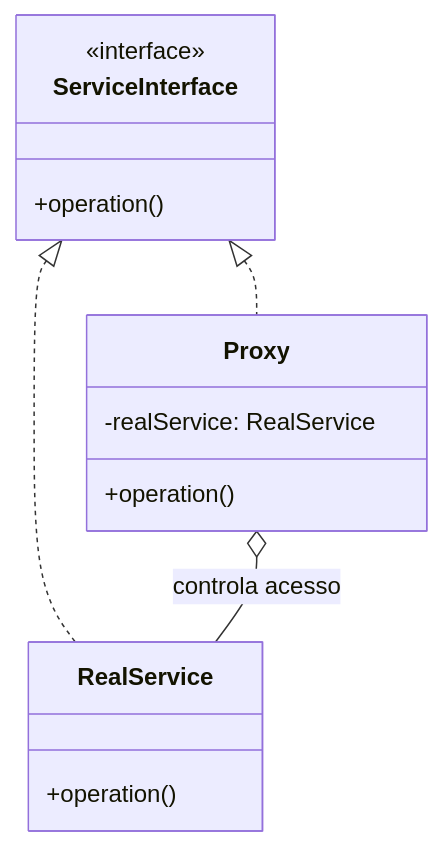
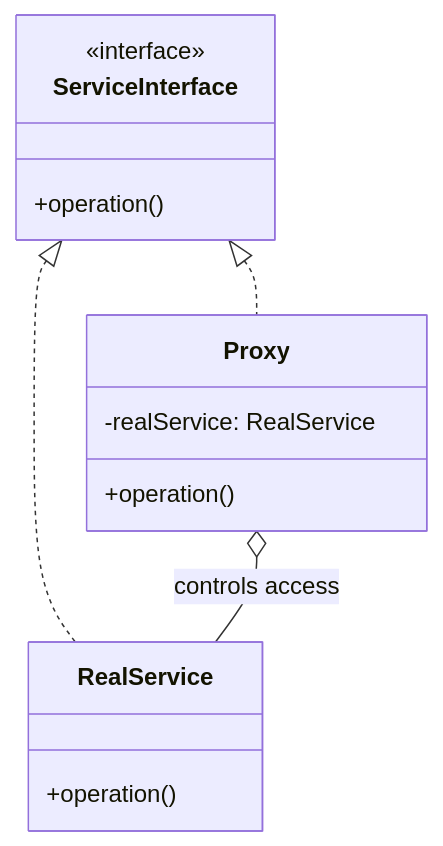
One commit to dandgabr/Coacus changed the seventh of 7 diagrams in knowledge/skills/engineering/patterns/dp-structural-patterns/SKILL.md. Above: the diagram before and after it, drawn with Mermaid. The commit also changed other lines of this file and 143 other files, not shown here.

````diff
--- a/knowledge/skills/engineering/patterns/dp-structural-patterns/SKILL.md
+++ b/knowledge/skills/engineering/patterns/dp-structural-patterns/SKILL.md
@@ -187,17 +187,17 @@
 ```mermaid
 classDiagram
     class ServiceInterface {
         <<interface>>
         +operation()
     }
     class RealService {
         +operation()
     }
     class Proxy {
         -realService: RealService
         +operation()
     }
     ServiceInterface <|.. RealService
     ServiceInterface <|.. Proxy
-    Proxy o-- RealService : controla acesso
+    Proxy o-- RealService : controls access
 ```
````
